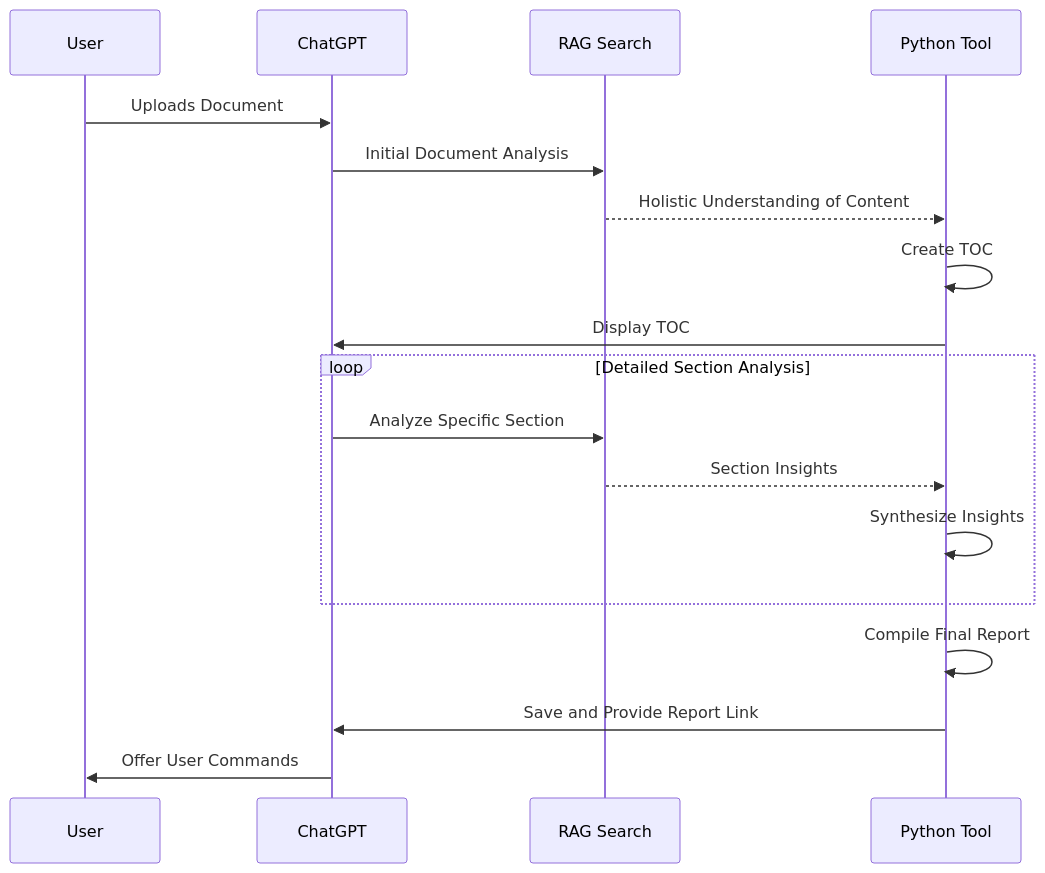
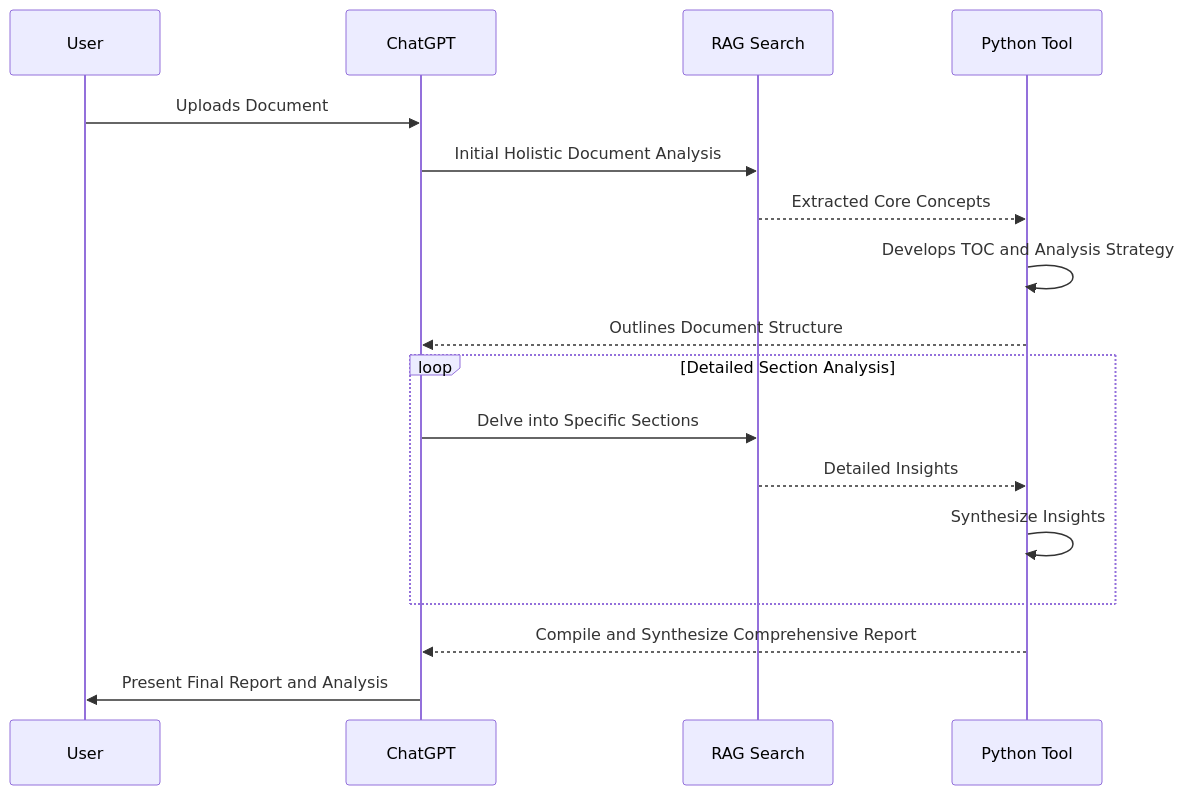
Before and after one commit to nerority/Advanced-GPTs: the third of 10 diagrams in README.md, drawn with Mermaid. The commit also changed other lines of this file, not shown here.

````diff
--- a/README.md
+++ b/README.md
@@ -215,21 +212,20 @@
 ```mermaid
 sequenceDiagram
     participant User
     participant ChatGPT
     participant RAG as RAG Search
     participant PythonTool as Python Tool
 
     User->>ChatGPT: Uploads Document
-    ChatGPT->>RAG: Initial Document Analysis
-    RAG-->>PythonTool: Holistic Understanding of Content
-    PythonTool->>PythonTool: Create TOC
-    PythonTool->>ChatGPT: Display TOC
+    ChatGPT->>RAG: Initial Holistic Document Analysis
+    RAG-->>PythonTool: Extracted Core Concepts
+    PythonTool->>PythonTool: Develops TOC and Analysis Strategy
+    PythonTool-->>ChatGPT: Outlines Document Structure
     loop Detailed Section Analysis
-        ChatGPT->>RAG: Analyze Specific Section
-        RAG-->>PythonTool: Section Insights
+        ChatGPT->>RAG: Delve into Specific Sections
+        RAG-->>PythonTool: Detailed Insights
         PythonTool->>PythonTool: Synthesize Insights
     end
-    PythonTool->>PythonTool: Compile Final Report
-    PythonTool->>ChatGPT: Save and Provide Report Link
-    ChatGPT->>User: Offer User Commands
+    PythonTool-->>ChatGPT: Compile and Synthesize Comprehensive Report
+    ChatGPT->>User: Present Final Report and Analysis
 ```
````
